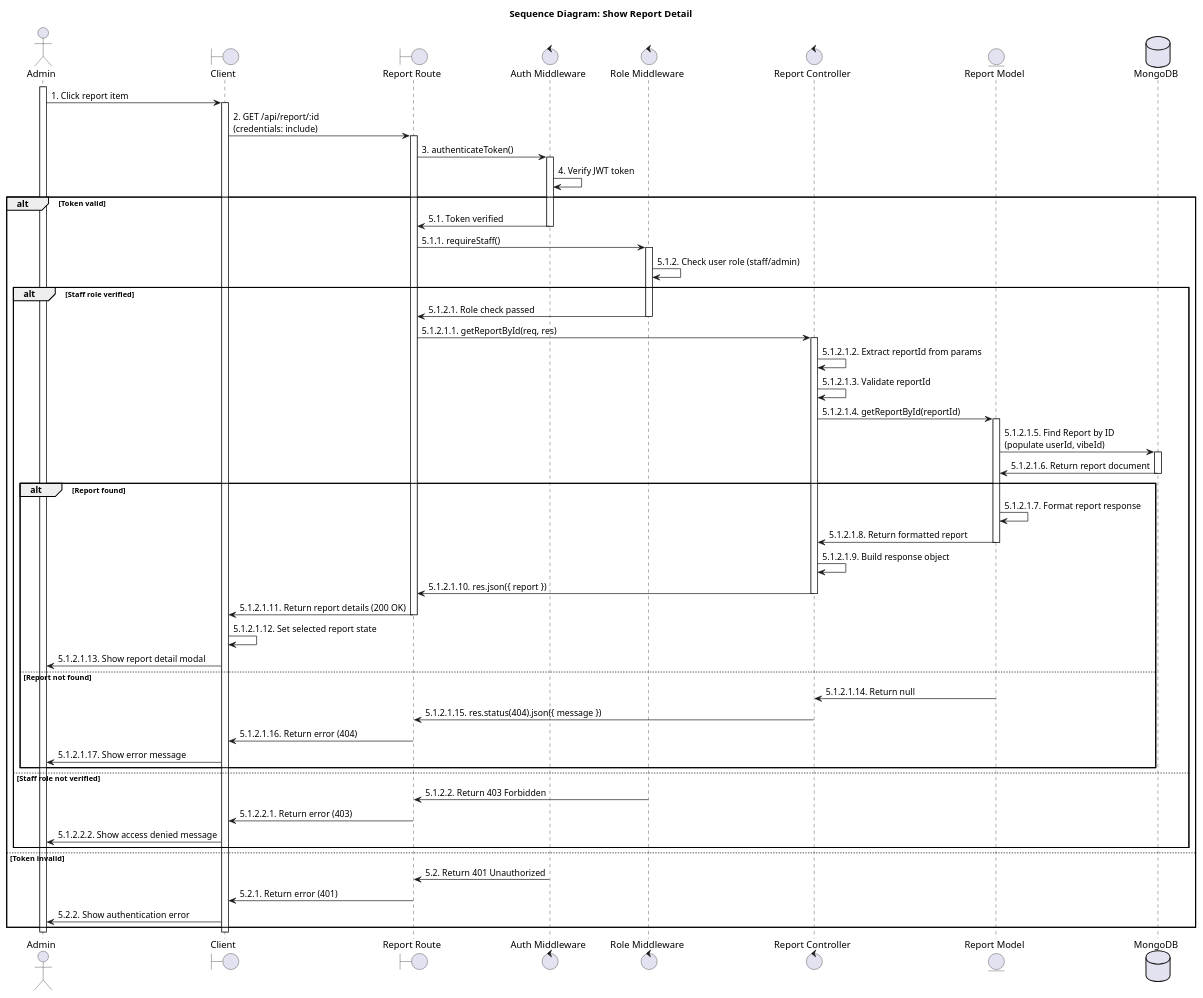
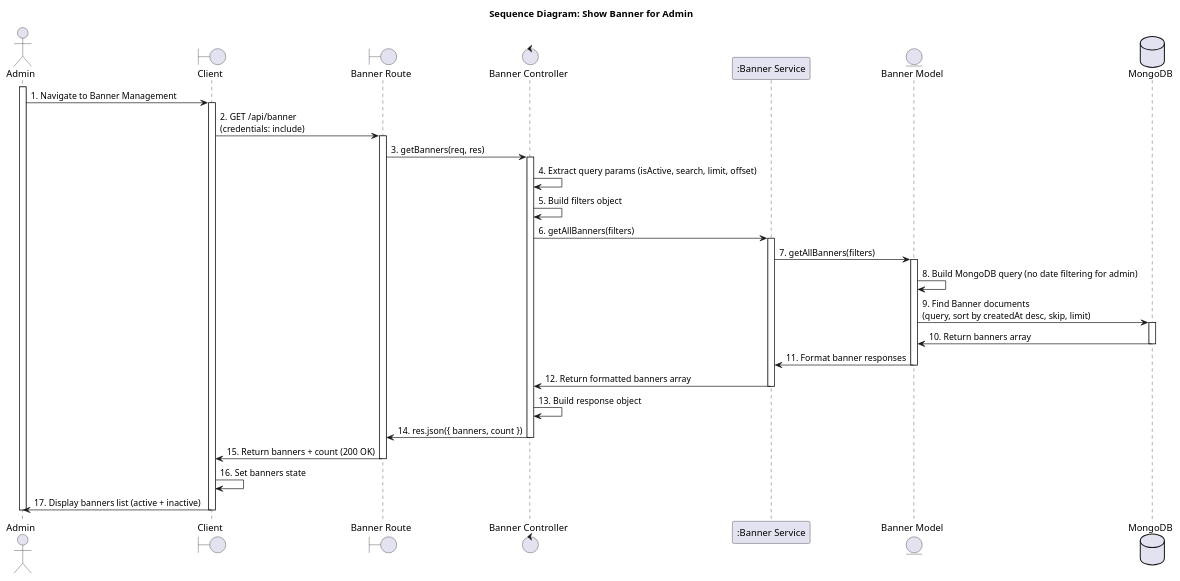
One commit to SvnFrs/re-oldvibes changed the fourth of 8 diagrams in SEQUENCE_DIAGRAMS_UC.md. Above: the diagram before and after it, drawn with PlantUML. The commit also changed other lines of this file and 1 other file, not shown here.

````diff
--- a/SEQUENCE_DIAGRAMS_UC.md
+++ b/SEQUENCE_DIAGRAMS_UC.md
@@ -234,78 +198,45 @@
 ```plantuml
-@startuml Show Report Detail
-title Sequence Diagram: Show Report Detail
+@startuml Show Banner for Admin
+title Sequence Diagram: Show Banner for Admin
 
 actor Admin
 boundary "Client" as Client
-boundary "Report Route" as Route
-control "Auth Middleware" as AuthMiddleware
-control "Role Middleware" as RoleMiddleware
-control "Report Controller" as Controller
-entity "Report Model" as Model
+boundary "Banner Route" as Route
+control "Banner Controller" as Controller
+participant ":Banner Service" as Service
+entity "Banner Model" as Model
 database "MongoDB" as Database
 
 activate Admin
-Admin -> Client : 1. Click report item
+Admin -> Client : 1. Navigate to Banner Management
 activate Client
-Client -> Route : 2. GET /api/report/:id\n(credentials: include)
+Client -> Route : 2. GET /api/banner\n(credentials: include)
 activate Route
-Route -> AuthMiddleware : 3. authenticateToken()
-activate AuthMiddleware
-AuthMiddleware -> AuthMiddleware : 4. Verify JWT token
-alt Token valid
-    AuthMiddleware -> Route : 5.1. Token verified
-    deactivate AuthMiddleware
-    Route -> RoleMiddleware : 5.1.1. requireStaff()
-    activate RoleMiddleware
-    RoleMiddleware -> RoleMiddleware : 5.1.2. Check user role (staff/admin)
-    alt Staff role verified
-        RoleMiddleware -> Route : 5.1.2.1. Role check passed
-        deactivate RoleMiddleware
-        Route -> Controller : 5.1.2.1.1. getReportById(req, res)
-        activate Controller
-        Controller -> Controller : 5.1.2.1.2. Extract reportId from params
-        Controller -> Controller : 5.1.2.1.3. Validate reportId
-        Controller -> Model : 5.1.2.1.4. getReportById(reportId)
-        activate Model
-        Model -> Database : 5.1.2.1.5. Find Report by ID\n(populate userId, vibeId)
-        activate Database
-        Database -> Model : 5.1.2.1.6. Return report document
-        deactivate Database
-        alt Report found
-            Model -> Model : 5.1.2.1.7. Format report response
-            Model -> Controller : 5.1.2.1.8. Return formatted report
-            deactivate Model
-            Controller -> Controller : 5.1.2.1.9. Build response object
-            Controller -> Route : 5.1.2.1.10. res.json({ report })
-            deactivate Controller
-            Route -> Client : 5.1.2.1.11. Return report details (200 OK)
-            deactivate Route
-            Client -> Client : 5.1.2.1.12. Set selected report state
-            Client -> Admin : 5.1.2.1.13. Show report detail modal
-        else Report not found
-            Model -> Controller : 5.1.2.1.14. Return null
-            deactivate Model
-            Controller -> Route : 5.1.2.1.15. res.status(404).json({ message })
-            deactivate Controller
-            Route -> Client : 5.1.2.1.16. Return error (404)
-            deactivate Route
-            Client -> Admin : 5.1.2.1.17. Show error message
-        end
-    else Staff role not verified
-        RoleMiddleware -> Route : 5.1.2.2. Return 403 Forbidden
-        deactivate RoleMiddleware
-        Route -> Client : 5.1.2.2.1. Return error (403)
-        deactivate Route
-        Client -> Admin : 5.1.2.2.2. Show access denied message
-    end
-else Token invalid
-    AuthMiddleware -> Route : 5.2. Return 401 Unauthorized
-    deactivate AuthMiddleware
-    Route -> Client : 5.2.1. Return error (401)
-    deactivate Route
-    Client -> Admin : 5.2.2. Show authentication error
-end
+Route -> Controller : 3. getBanners(req, res)
+activate Controller
+Controller -> Controller : 4. Extract query params (isActive, search, limit, offset)
+Controller -> Controller : 5. Build filters object
+Controller -> Service : 6. getAllBanners(filters)
+activate Service
+Service -> Model : 7. getAllBanners(filters)
+activate Model
+Model -> Model : 8. Build MongoDB query (no date filtering for admin)
+Model -> Database : 9. Find Banner documents\n(query, sort by createdAt desc, skip, limit)
+activate Database
+Database -> Model : 10. Return banners array
+deactivate Database
+Model -> Service : 11. Format banner responses
+deactivate Model
+Service -> Controller : 12. Return formatted banners array
+deactivate Service
+Controller -> Controller : 13. Build response object
+Controller -> Route : 14. res.json({ banners, count })
+deactivate Controller
+Route -> Client : 15. Return banners + count (200 OK)
+deactivate Route
+Client -> Client : 16. Set banners state
+Client -> Admin : 17. Display banners list (active + inactive)
 deactivate Client
 deactivate Admin
 @enduml
 ```
````
